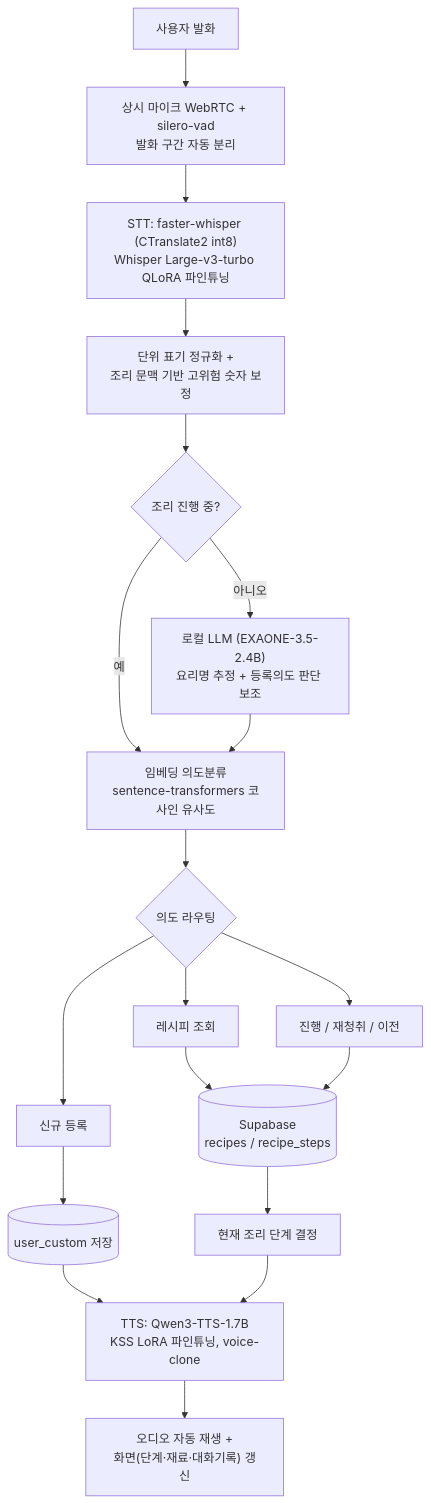
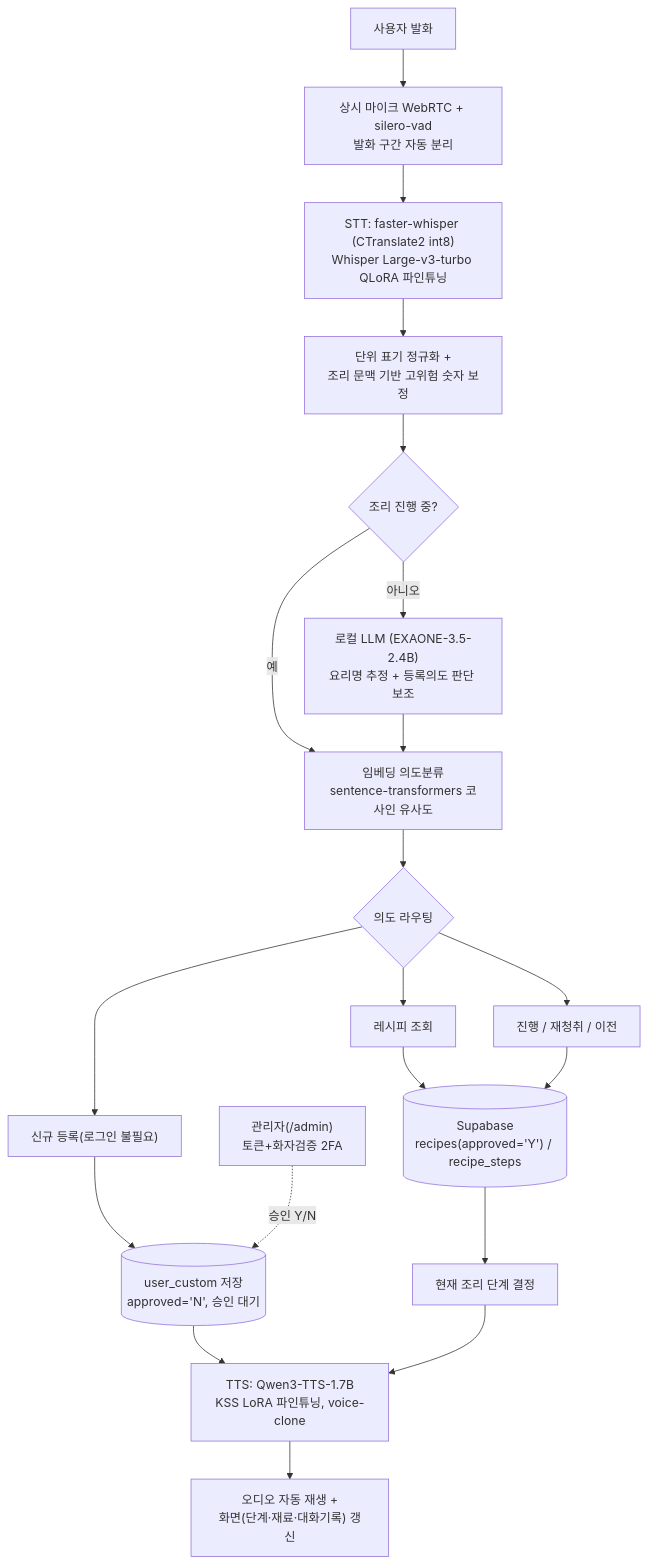
One commit to chefear-team/ChefEar_ai changed the diagram in README.md. Above: the diagram before and after it, drawn with Mermaid. The commit also changed other lines of this file and 24 other files, not shown here.

First line of the commit message:
docs: 계정 제거·관리자 승인·화자검증 반영해 문서 전면 동기화 + 낡은 문서 정리

````diff
--- a/README.md
+++ b/README.md
@@ -73,21 +76,22 @@
 ```mermaid
 flowchart TD
     A["사용자 발화"] --> B["상시 마이크 WebRTC + silero-vad<br/>발화 구간 자동 분리"]
     B --> C["STT: faster-whisper (CTranslate2 int8)<br/>Whisper Large-v3-turbo QLoRA 파인튜닝"]
     C --> D["단위 표기 정규화 +<br/>조리 문맥 기반 고위험 숫자 보정"]
     D --> E{"조리 진행 중?"}
     E -- 아니오 --> F["로컬 LLM (EXAONE-3.5-2.4B)<br/>요리명 추정 + 등록의도 판단 보조"]
     E -- 예 --> G
     F --> G["임베딩 의도분류<br/>sentence-transformers 코사인 유사도"]
     G --> H{"의도 라우팅"}
     H --> H1["레시피 조회"]
     H --> H2["진행 / 재청취 / 이전"]
-    H --> H3["신규 등록"]
-    H1 --> I[("Supabase<br/>recipes / recipe_steps")]
+    H --> H3["신규 등록(로그인 불필요)"]
+    H1 --> I[("Supabase<br/>recipes(approved='Y') / recipe_steps")]
     H2 --> I
-    H3 --> J[("user_custom 저장")]
+    H3 --> J[("user_custom 저장<br/>approved='N', 승인 대기")]
     I --> K["현재 조리 단계 결정"]
     J --> L
     K --> L["TTS: Qwen3-TTS-1.7B<br/>KSS LoRA 파인튜닝, voice-clone"]
     L --> M["오디오 자동 재생 +<br/>화면(단계·재료·대화기록) 갱신"]
+    N["관리자(/admin)<br/>토큰+화자검증 2FA"] -.승인 Y/N.-> J
 ```
````
